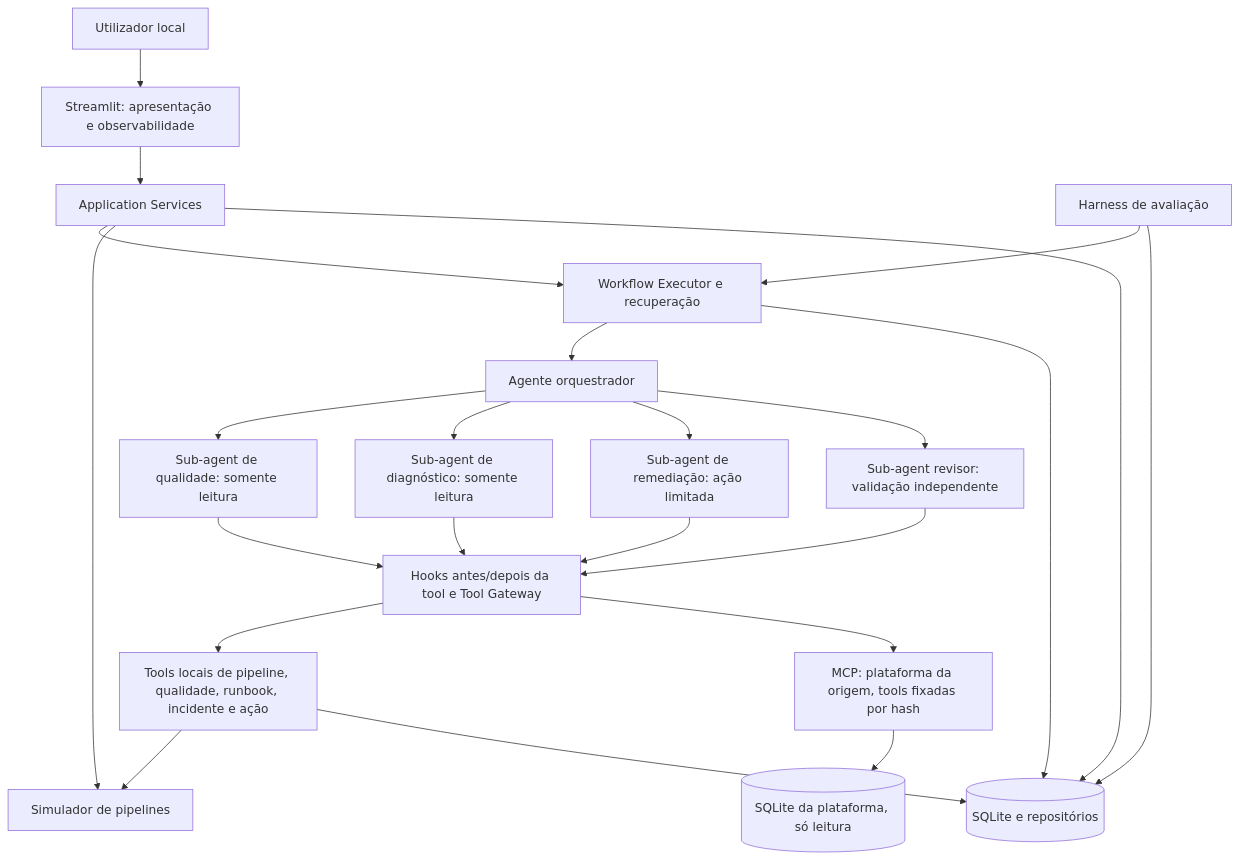
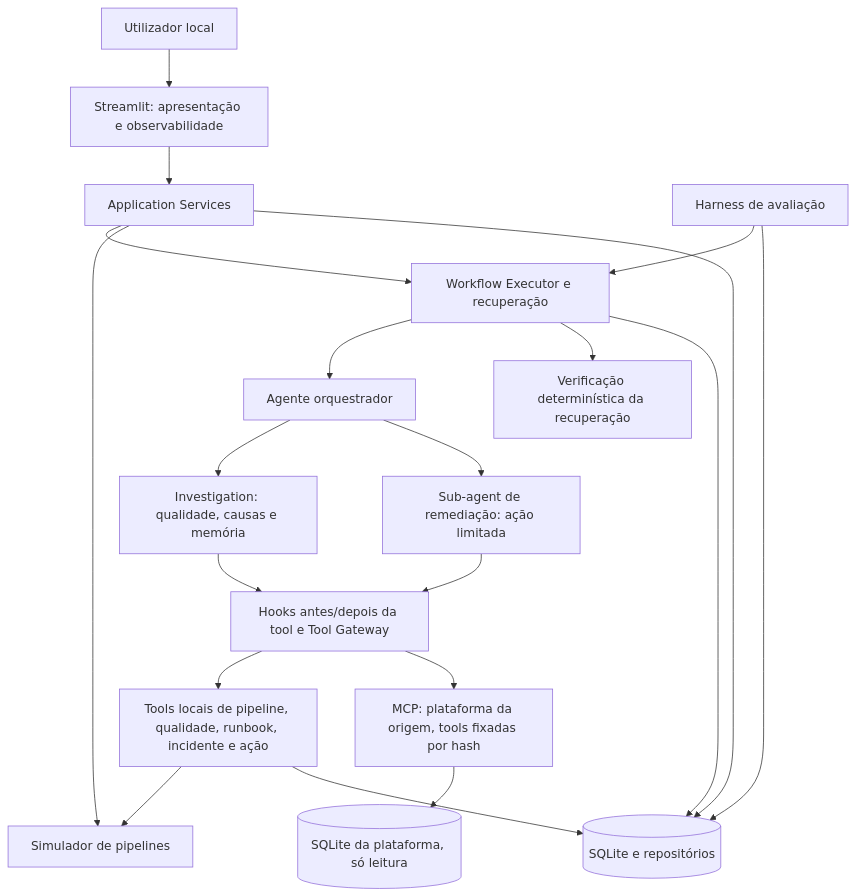
Before and after one commit to Mata704/gen-ai-course: the first of 2 diagrams in projects/agentic-data-quality/proposta-arquitetura.md, drawn with Mermaid. The commit also changed other lines of this file and 18 other files, not shown here.

````diff
--- a/projects/agentic-data-quality/proposta-arquitetura.md
+++ b/projects/agentic-data-quality/proposta-arquitetura.md
@@ -135,25 +136,22 @@
 ```mermaid
 flowchart TB
     U[Utilizador local] --> UI[Streamlit: apresentação e observabilidade]
     UI --> APP[Application Services]
     APP --> WF[Workflow Executor e recuperação]
     APP --> SIM[Simulador de pipelines]
     WF --> ORQ[Agente orquestrador]
-    ORQ --> QI[Sub-agent de qualidade: somente leitura]
-    ORQ --> PD[Sub-agent de diagnóstico: somente leitura]
+    ORQ --> QI[Investigation: qualidade, causas e memória]
     ORQ --> REM[Sub-agent de remediação: ação limitada]
-    ORQ --> REV[Sub-agent revisor: validação independente]
+    WF --> VER[Verificação determinística da recuperação]
     QI --> G[Hooks antes/depois da tool e Tool Gateway]
-    PD --> G
     REM --> G
-    REV --> G
     G --> TOOLS[Tools locais de pipeline, qualidade, runbook, incidente e ação]
     G --> MCP[MCP: plataforma da origem, tools fixadas por hash]
     MCP --> EXT[(SQLite da plataforma, só leitura)]
     TOOLS --> SIM
     TOOLS --> DB[(SQLite e repositórios)]
     WF --> DB
     APP --> DB
     RUN[Harness de avaliação] --> WF
     RUN --> DB
 ```
````
